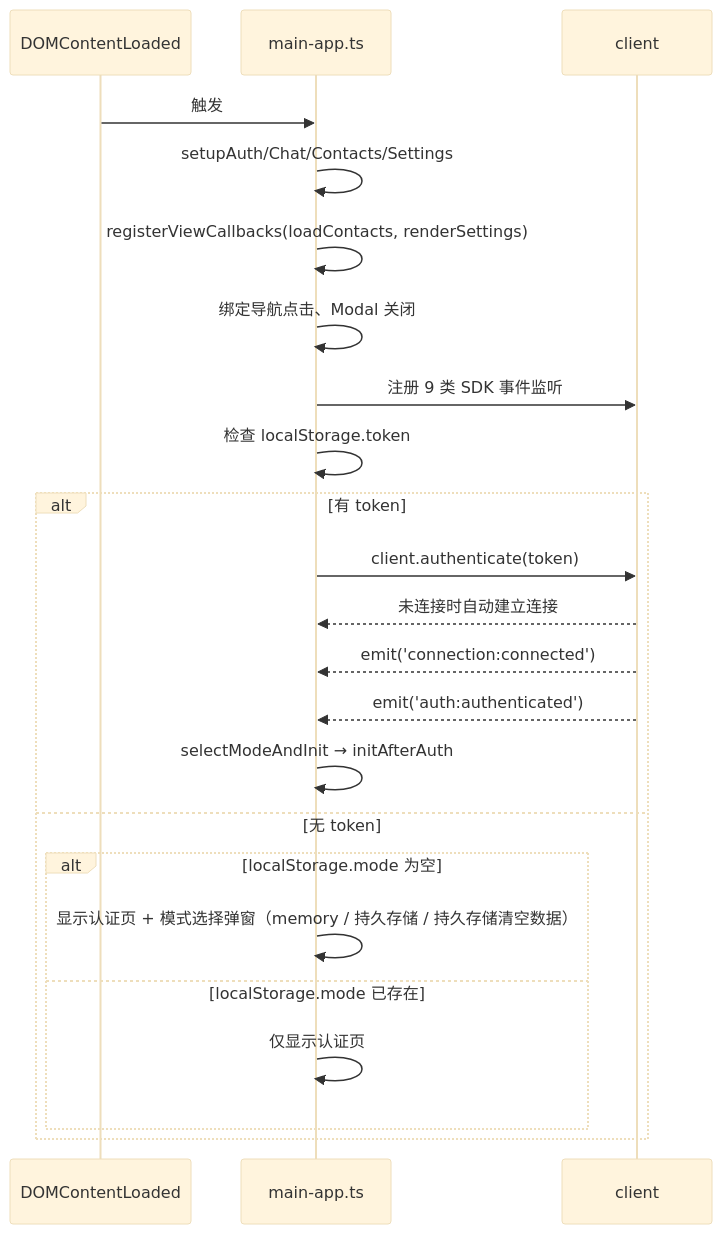
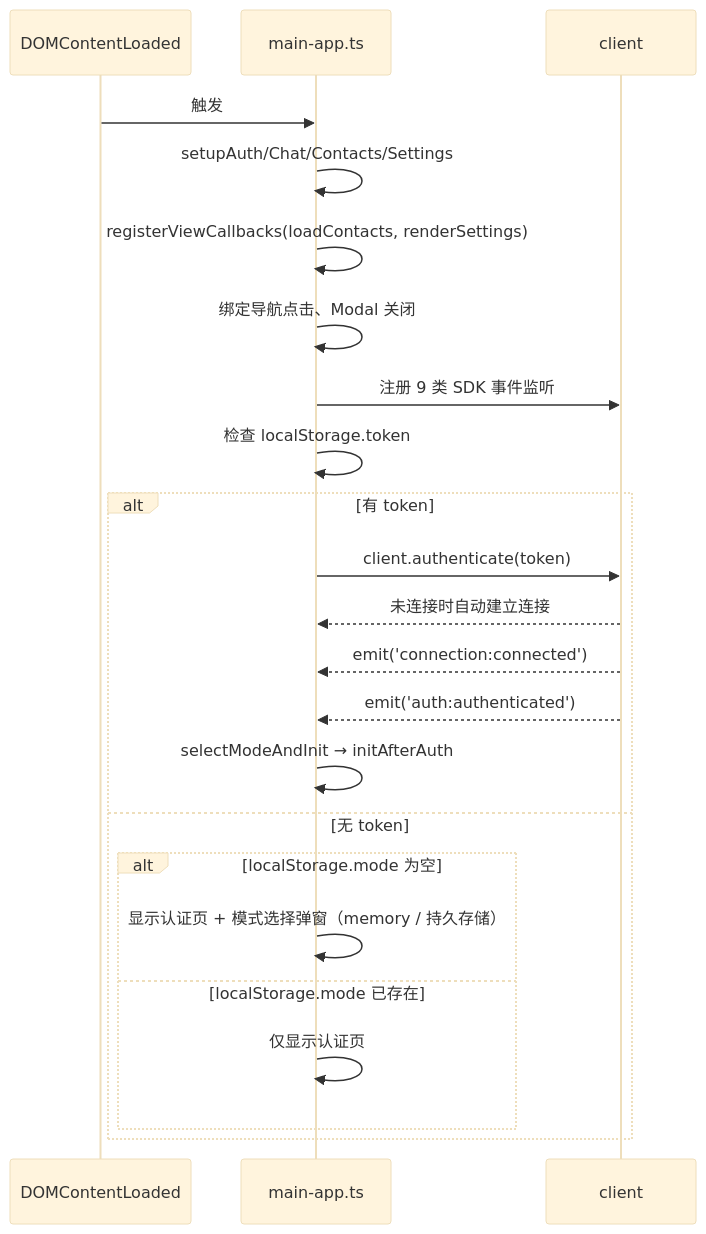
Before and after one commit to dacez/yimsg: the second of 3 diagrams in docs/frontend/UI设计方案.md, drawn with Mermaid (base theme). The commit also changed other lines of this file and 10 other files, not shown here.

````diff
--- a/docs/frontend/UI设计方案.md
+++ b/docs/frontend/UI设计方案.md
@@ -175,26 +175,26 @@
 ```mermaid
 sequenceDiagram
     participant DOM as DOMContentLoaded
     participant UI as main-app.ts
     participant SDK as client
 
     DOM->>UI: 触发
     UI->>UI: setupAuth/Chat/Contacts/Settings
     UI->>UI: registerViewCallbacks(loadContacts, renderSettings)
     UI->>UI: 绑定导航点击、Modal 关闭
     UI->>SDK: 注册 9 类 SDK 事件监听
     UI->>UI: 检查 localStorage.token
     alt 有 token
         UI->>SDK: client.authenticate(token)
         SDK-->>UI: 未连接时自动建立连接
         SDK-->>UI: emit('connection:connected')
         SDK-->>UI: emit('auth:authenticated')
         UI->>UI: selectModeAndInit → initAfterAuth
     else 无 token
         alt localStorage.mode 为空
-            UI->>UI: 显示认证页 + 模式选择弹窗（memory / 持久存储 / 持久存储清空数据）
+            UI->>UI: 显示认证页 + 模式选择弹窗（memory / 持久存储）
         else localStorage.mode 已存在
             UI->>UI: 仅显示认证页
         end
     end
 ```
````
